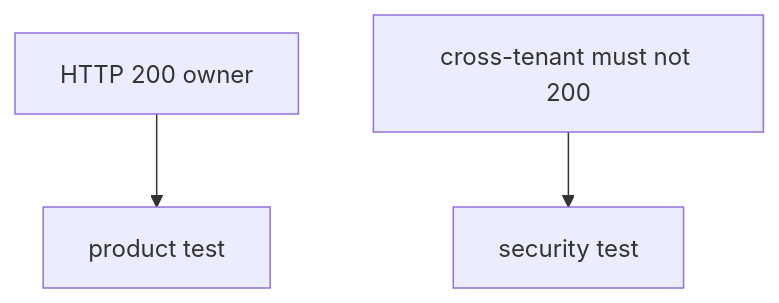
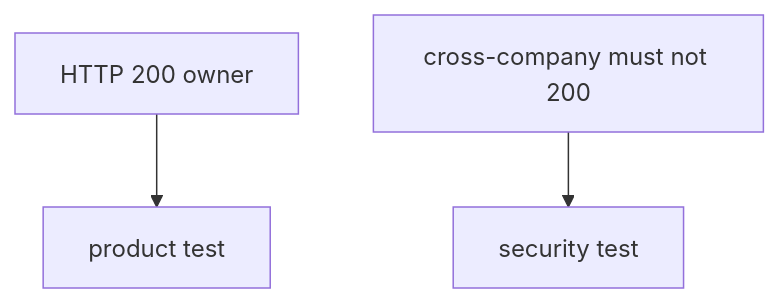
The first of 2 diagrams in content/modules/9/9.3/lessons/02-model.md (ishitvagoel/LearnSecurity), drawn with Mermaid before and after one commit. The commit also changed other lines of this file and 39 other files, not shown here.

````diff
--- a/content/modules/9/9.3/lessons/02-model.md
+++ b/content/modules/9/9.3/lessons/02-model.md
@@ -15,5 +18,5 @@
 ```mermaid
 flowchart TD
   Happy[HTTP 200 owner] --> Product[product test]
-  Forbid["cross-tenant must not 200"] --> Security[security test]
+  Forbid["cross-company must not 200"] --> Security[security test]
 ```
````
